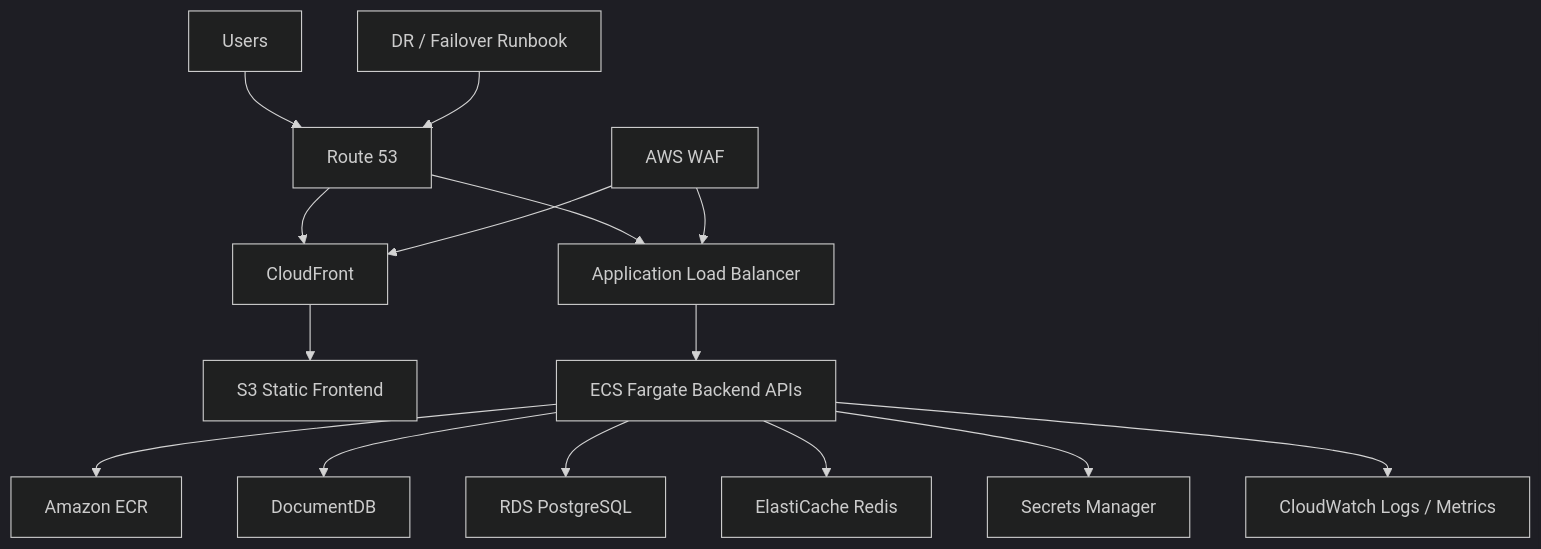
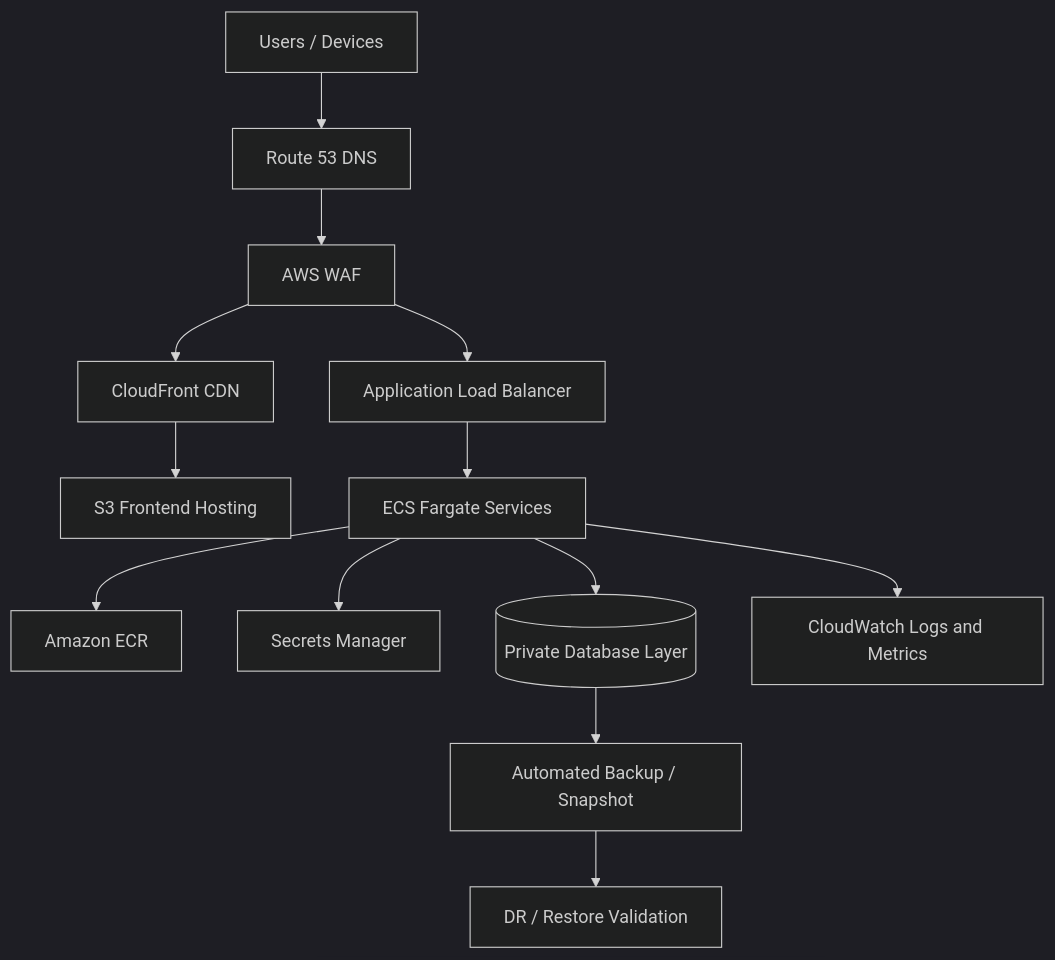
The diagram in project-pocs/04-iot-healthcare-ecs-migration-poc.md (saurabhdindokar/saurabhdindokar.github.io), drawn with Mermaid (dark theme) before and after one commit. The commit also changed other lines of this file and 28 other files, not shown here.

````diff
--- a/project-pocs/04-iot-healthcare-ecs-migration-poc.md
+++ b/project-pocs/04-iot-healthcare-ecs-migration-poc.md
@@ -17,17 +24,15 @@
 ```mermaid
 flowchart TB
-  Users[Users] --> Route53[Route 53]
-  Route53 --> CDN[CloudFront]
-  CDN --> S3[S3 Static Frontend]
-  Route53 --> ALB[Application Load Balancer]
-  ALB --> ECS[ECS Fargate Backend APIs]
+  Users[Users / Devices] --> Route53[Route 53 DNS]
+  Route53 --> WAF[AWS WAF]
+  WAF --> CloudFront[CloudFront CDN]
+  CloudFront --> S3[S3 Frontend Hosting]
+  WAF --> ALB[Application Load Balancer]
+  ALB --> ECS[ECS Fargate Services]
   ECS --> ECR[Amazon ECR]
-  ECS --> DocDB[DocumentDB]
-  ECS --> RDS[RDS PostgreSQL]
-  ECS --> Redis[ElastiCache Redis]
   ECS --> Secrets[Secrets Manager]
-  ECS --> CW[CloudWatch Logs / Metrics]
-  WAF[AWS WAF] --> CDN
-  WAF --> ALB
-  DR[DR / Failover Runbook] --> Route53
+  ECS --> DB[(Private Database Layer)]
+  ECS --> CW[CloudWatch Logs and Metrics]
+  DB --> Backup[Automated Backup / Snapshot]
+  Backup --> DR[DR / Restore Validation]
 ```
````
